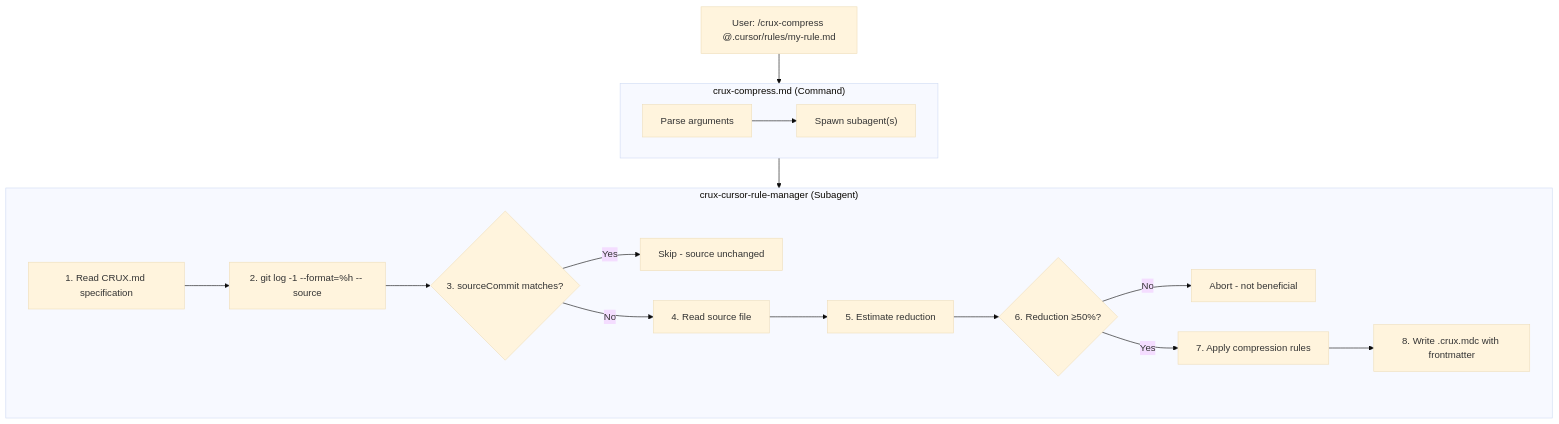
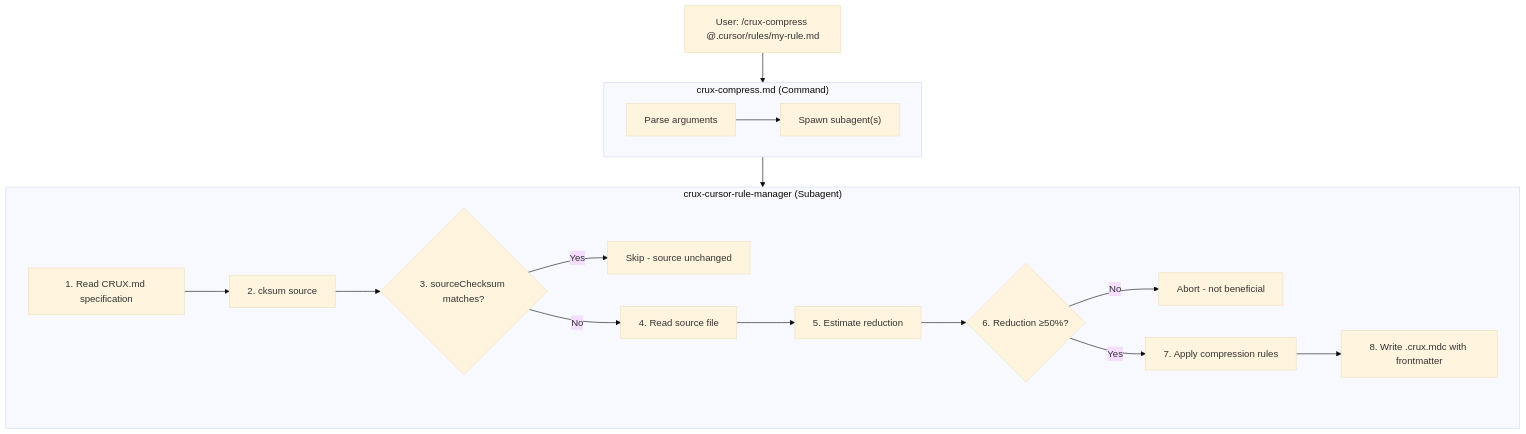
Before and after one commit to zotoio/x-fidelity: the second of 4 diagrams in .cursor/crux-readme.md, drawn with Mermaid (base theme). The commit also changed other lines of this file and 11 other files, not shown here.

First line of the commit message:
refactor(crux): replace sourceCommit with sourceChecksum using cksum

````diff
--- a/.cursor/crux-readme.md
+++ b/.cursor/crux-readme.md
@@ -158,30 +236,30 @@
 ```mermaid
 flowchart TD
     USER["User: /crux-compress @.cursor/rules/my-rule.md"]
     
     subgraph COMMAND["crux-compress.md (Command)"]
         C1["Parse arguments"]
         C2["Spawn subagent(s)"]
         C1 --> C2
     end
     
     subgraph MANAGER["crux-cursor-rule-manager (Subagent)"]
         M1["1. Read CRUX.md specification"]
-        M2["2. git log -1 --format=%h -- source"]
-        M3{"3. sourceCommit matches?"}
+        M2["2. cksum source"]
+        M3{"3. sourceChecksum matches?"}
         M4["4. Read source file"]
         M5["5. Estimate reduction"]
         M6{"6. Reduction ≥50%?"}
         M7["7. Apply compression rules"]
         M8["8. Write .crux.mdc with frontmatter"]
         
         M1 --> M2 --> M3
         M3 -->|"Yes"| SKIP["Skip - source unchanged"]
         M3 -->|"No"| M4 --> M5 --> M6
         M6 -->|"No"| ABORT["Abort - not beneficial"]
         M6 -->|"Yes"| M7 --> M8
     end
     
     USER --> COMMAND
     COMMAND --> MANAGER
 ```
````
